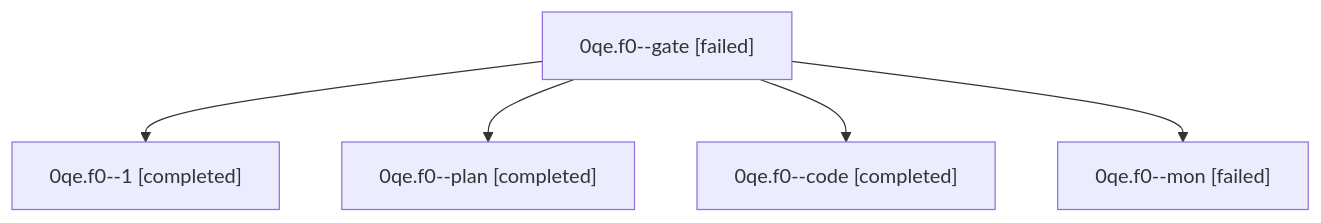
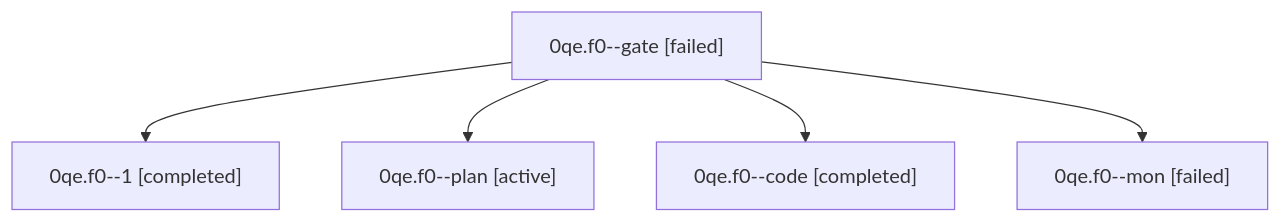
One commit to sase-org/sase--agents changed the diagram in families/bbugyi200.athena.0qe.f0.md. Above: the diagram before and after it, drawn with Mermaid. The commit also changed other lines of this file and 35830 other files, not shown here.

````diff
--- a/families/bbugyi200.athena.0qe.f0.md
+++ b/families/bbugyi200.athena.0qe.f0.md
@@ -9,12 +9,12 @@
 ```mermaid
 flowchart TD
   n0["0qe.f0--gate [failed]"]
   n1["0qe.f0--1 [completed]"]
   n0 --> n1
-  n2["0qe.f0--plan [completed]"]
+  n2["0qe.f0--plan [active]"]
   n0 --> n2
   n3["0qe.f0--code [completed]"]
   n0 --> n3
   n4["0qe.f0--mon [failed]"]
   n0 --> n4
 ```
````
